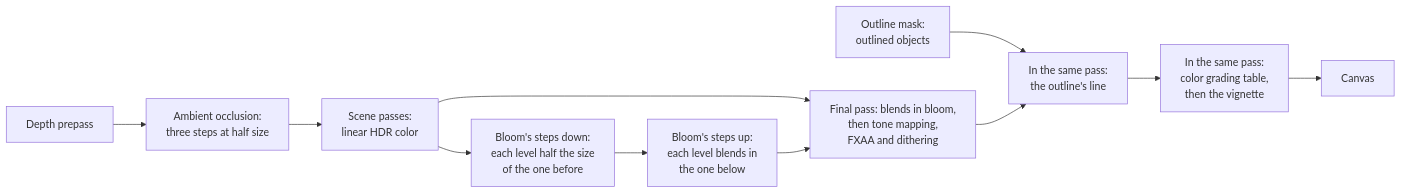
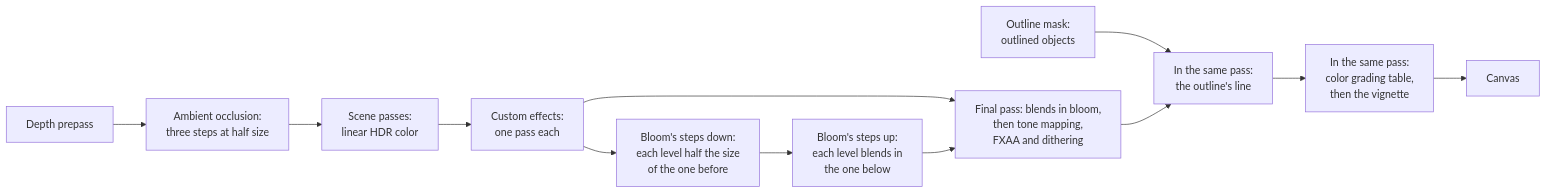
The diagram in docs/concepts/post-processing.md (null3d-engine/null3d), drawn with Mermaid before and after one commit. The commit also changed other lines of this file and 113 other files, not shown here.

````diff
--- a/docs/concepts/post-processing.md
+++ b/docs/concepts/post-processing.md
@@ -13,13 +13,14 @@
 ```mermaid
 flowchart LR
     prepass["Depth prepass"] --> ao["Ambient occlusion:<br/>three steps at half size"]
     ao --> scene
-    scene["Scene passes:<br/>linear HDR color"] --> down["Bloom's steps down:<br/>each level half the size<br/>of the one before"]
+    scene["Scene passes:<br/>linear HDR color"] --> custom["Custom effects:<br/>one pass each"]
+    custom --> down["Bloom's steps down:<br/>each level half the size<br/>of the one before"]
     down --> up["Bloom's steps up:<br/>each level blends in<br/>the one below"]
-    scene --> final["Final pass: blends in bloom,<br/>then tone mapping,<br/>FXAA and dithering"]
+    custom --> final["Final pass: blends in bloom,<br/>then tone mapping,<br/>FXAA and dithering"]
     up --> final
     mask["Outline mask:<br/>outlined objects"] --> line
     final --> line["In the same pass:<br/>the outline's line"]
     line --> grade["In the same pass:<br/>color grading table,<br/>then the vignette"]
     grade --> canvas["Canvas"]
 ```
````
